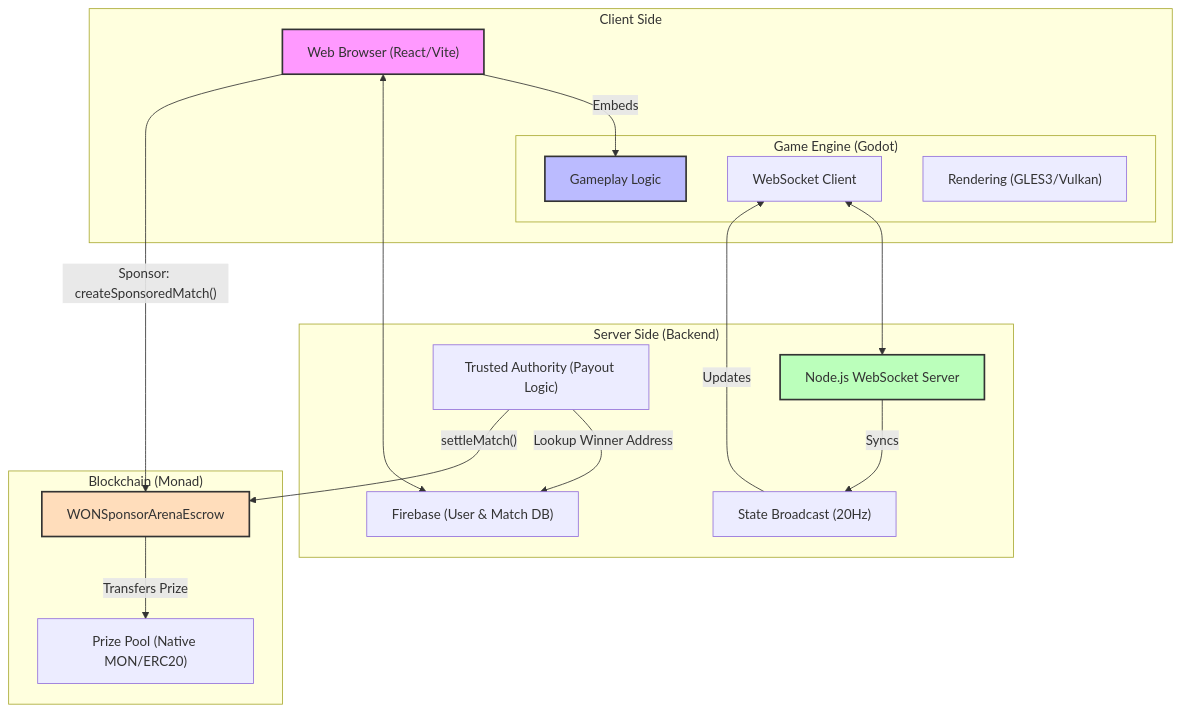
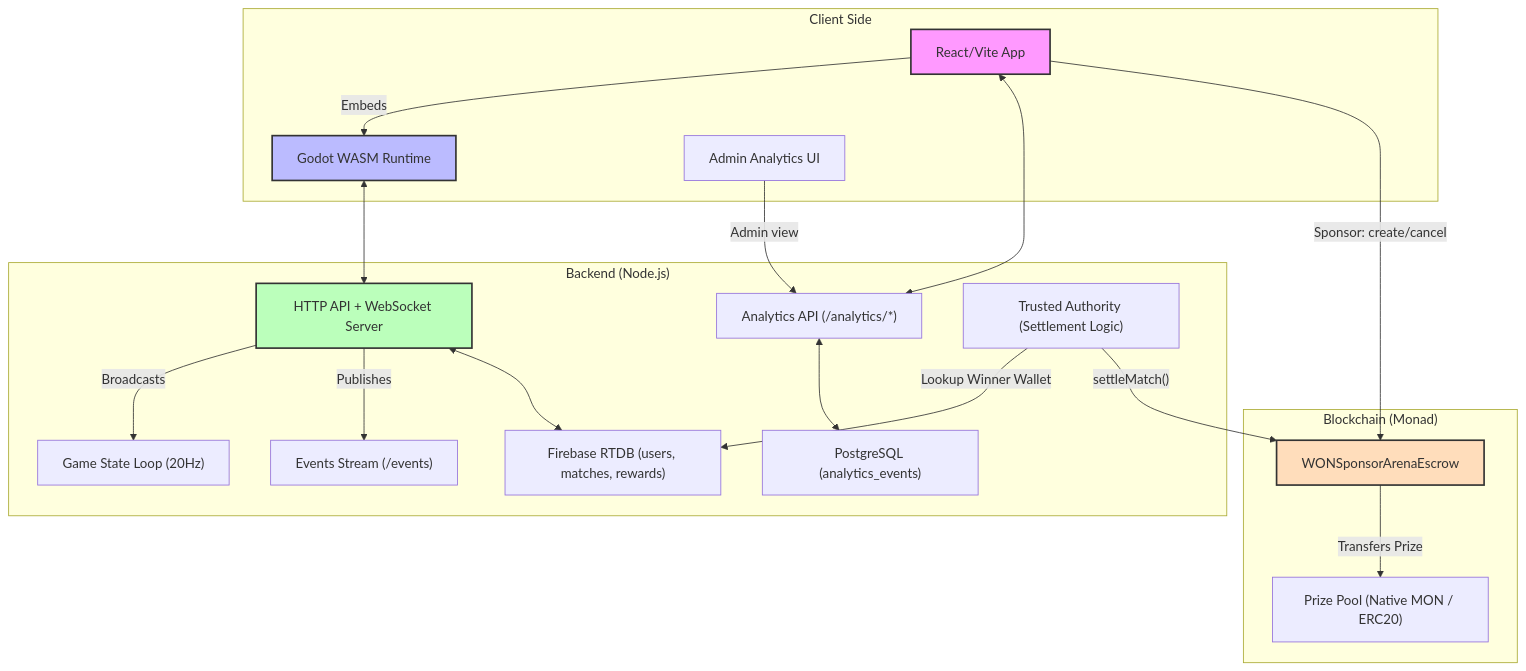
The diagram in README.md (tobiawolaju/WorldOfNads), drawn with Mermaid before and after one commit. The commit also changed other lines of this file and 3 other files, not shown here.

````diff
--- a/README.md
+++ b/README.md
@@ -54,38 +49,41 @@
 ```mermaid
 graph TD
     subgraph "Client Side"
-        A["Web Browser (React/Vite)"]
-        subgraph "Game Engine (Godot)"
-            B["Gameplay Logic"]
-            C["WebSocket Client"]
-            D["Rendering (GLES3/Vulkan)"]
-        end
+        A["React/Vite App"]
+        B["Godot WASM Runtime"]
+        C["Admin Analytics UI"]
     end
 
-    subgraph "Server Side (Backend)"
-        E["Node.js WebSocket Server"]
-        F["State Broadcast (20Hz)"]
-        G["Trusted Authority (Payout Logic)"]
-        H["Firebase (User & Match DB)"]
+    subgraph "Backend (Node.js)"
+        D["HTTP API + WebSocket Server"]
+        E["Game State Loop (20Hz)"]
+        F["Events Stream (/events)"]
+        G["Analytics API (/analytics/*)"]
+        H["Firebase RTDB (users, matches, rewards)"]
+        I["PostgreSQL (analytics_events)"]
+        J["Trusted Authority (Settlement Logic)"]
     end
 
     subgraph "Blockchain (Monad)"
-        I["WONSponsorArenaEscrow"]
-        J["Prize Pool (Native MON/ERC20)"]
+        K["WONSponsorArenaEscrow"]
+        L["Prize Pool (Native MON / ERC20)"]
     end
 
     A -- "Embeds" --> B
-    C <--> E
-    E -- "Syncs" --> F
-    F -- "Updates" --> C
-    A <--> H
-    G -- "Lookup Winner Address" --> H
-    G -- "settleMatch()" --> I
-    I -- "Transfers Prize" --> J
-    A -- "Sponsor: createSponsoredMatch()" --> I
+    B <--> D
+    D -- "Broadcasts" --> E
+    D -- "Publishes" --> F
+    A <--> G
+    G <--> I
+    D <--> H
+    J -- "Lookup Winner Wallet" --> H
+    J -- "settleMatch()" --> K
+    K -- "Transfers Prize" --> L
+    A -- "Sponsor: create/cancel" --> K
+    C -- "Admin view" --> G
 
     style A fill:#f9f,stroke:#333,stroke-width:2px
     style B fill:#bbf,stroke:#333,stroke-width:2px
-    style E fill:#bfb,stroke:#333,stroke-width:2px
-    style I fill:#fdb,stroke:#333,stroke-width:2px
+    style D fill:#bfb,stroke:#333,stroke-width:2px
+    style K fill:#fdb,stroke:#333,stroke-width:2px
 ```
````
